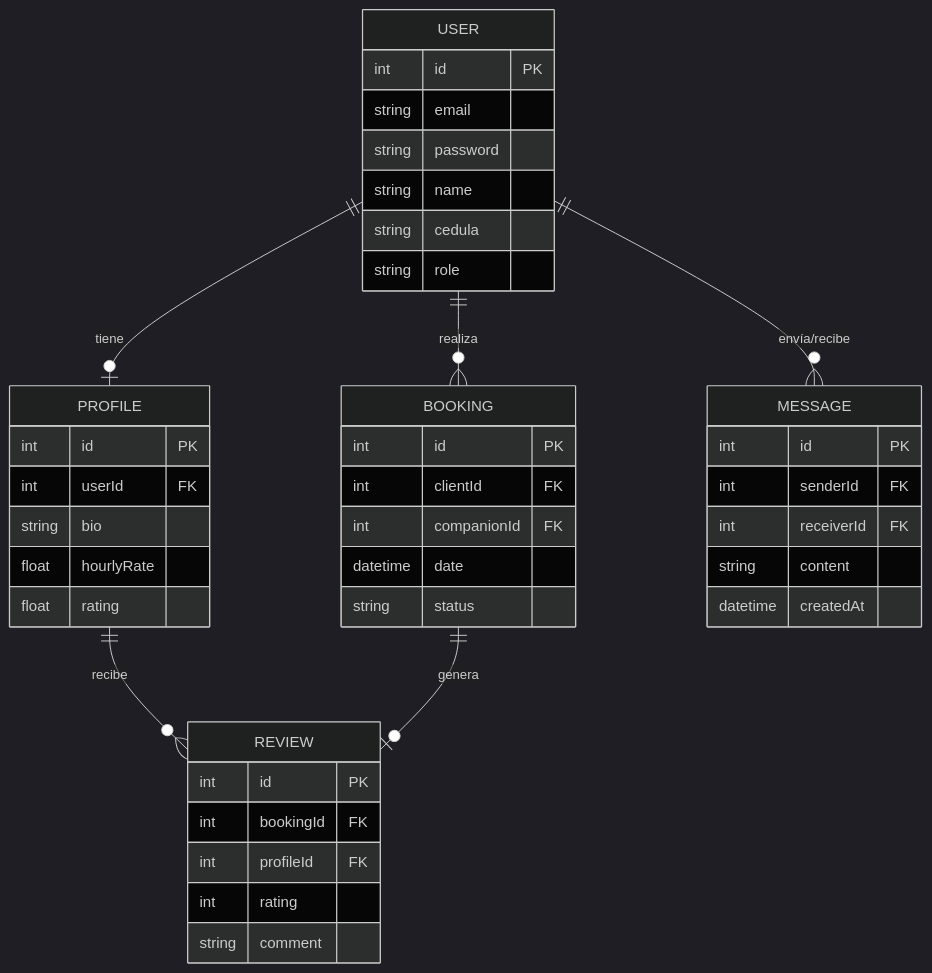
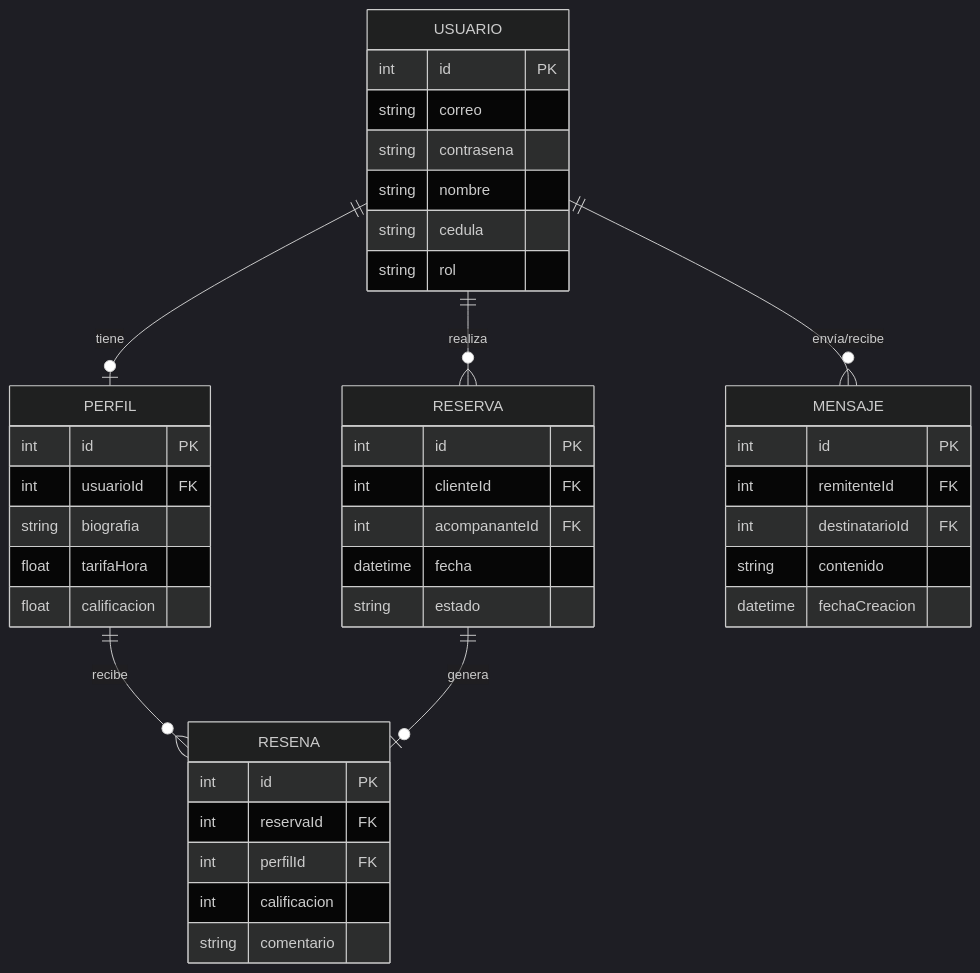
One commit to abneririgoyen296-prog/Rent-girlfriends changed the first of 2 diagrams in Proyecto/documentacion_proyecto.md. Above: the diagram before and after it, drawn with Mermaid (dark theme). The commit also changed other lines of this file, not shown here.

````diff
--- a/Proyecto/documentacion_proyecto.md
+++ b/Proyecto/documentacion_proyecto.md
@@ -81,45 +81,45 @@
 ```mermaid
 erDiagram
-    USER ||--o| PROFILE : "tiene"
-    USER ||--o{ BOOKING : "realiza"
-    USER ||--o{ MESSAGE : "envía/recibe"
-    PROFILE ||--o{ REVIEW : "recibe"
-    BOOKING ||--o| REVIEW : "genera"
+    USUARIO ||--o| PERFIL : "tiene"
+    USUARIO ||--o{ RESERVA : "realiza"
+    USUARIO ||--o{ MENSAJE : "envía/recibe"
+    PERFIL ||--o{ RESENA : "recibe"
+    RESERVA ||--o| RESENA : "genera"
 
-    USER {
+    USUARIO {
         int id PK
-        string email
-        string password
-        string name
+        string correo
+        string contrasena
+        string nombre
         string cedula
-        string role
+        string rol
     }
-    PROFILE {
+    PERFIL {
         int id PK
-        int userId FK
-        string bio
-        float hourlyRate
-        float rating
+        int usuarioId FK
+        string biografia
+        float tarifaHora
+        float calificacion
     }
-    BOOKING {
+    RESERVA {
         int id PK
-        int clientId FK
-        int companionId FK
-        datetime date
-        string status
+        int clienteId FK
+        int acompananteId FK
+        datetime fecha
+        string estado
     }
-    MESSAGE {
+    MENSAJE {
         int id PK
-        int senderId FK
-        int receiverId FK
-        string content
-        datetime createdAt
+        int remitenteId FK
+        int destinatarioId FK
+        string contenido
+        datetime fechaCreacion
     }
-    REVIEW {
+    RESENA {
         int id PK
-        int bookingId FK
-        int profileId FK
-        int rating
-        string comment
+        int reservaId FK
+        int perfilId FK
+        int calificacion
+        string comentario
     }
 ```
````
